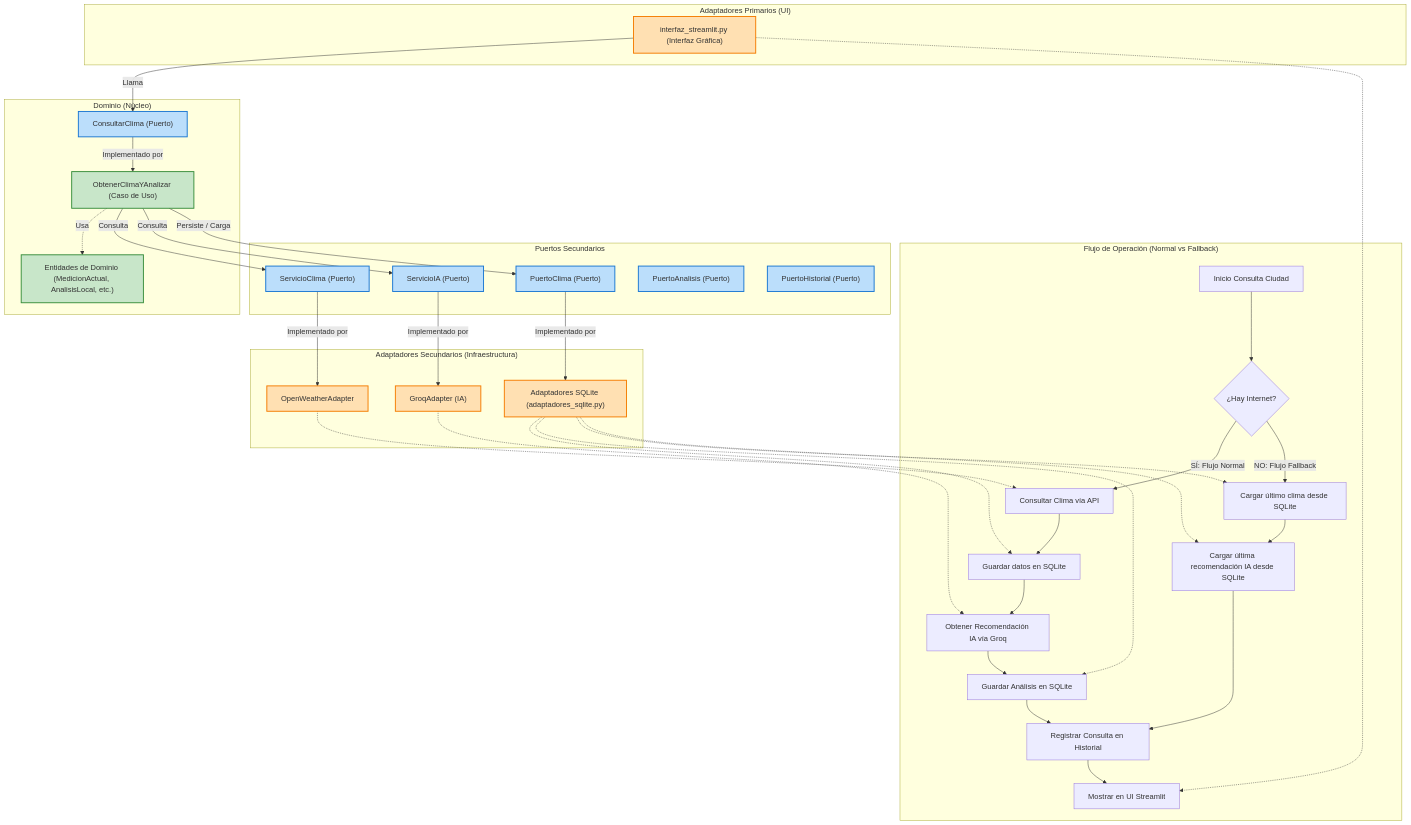
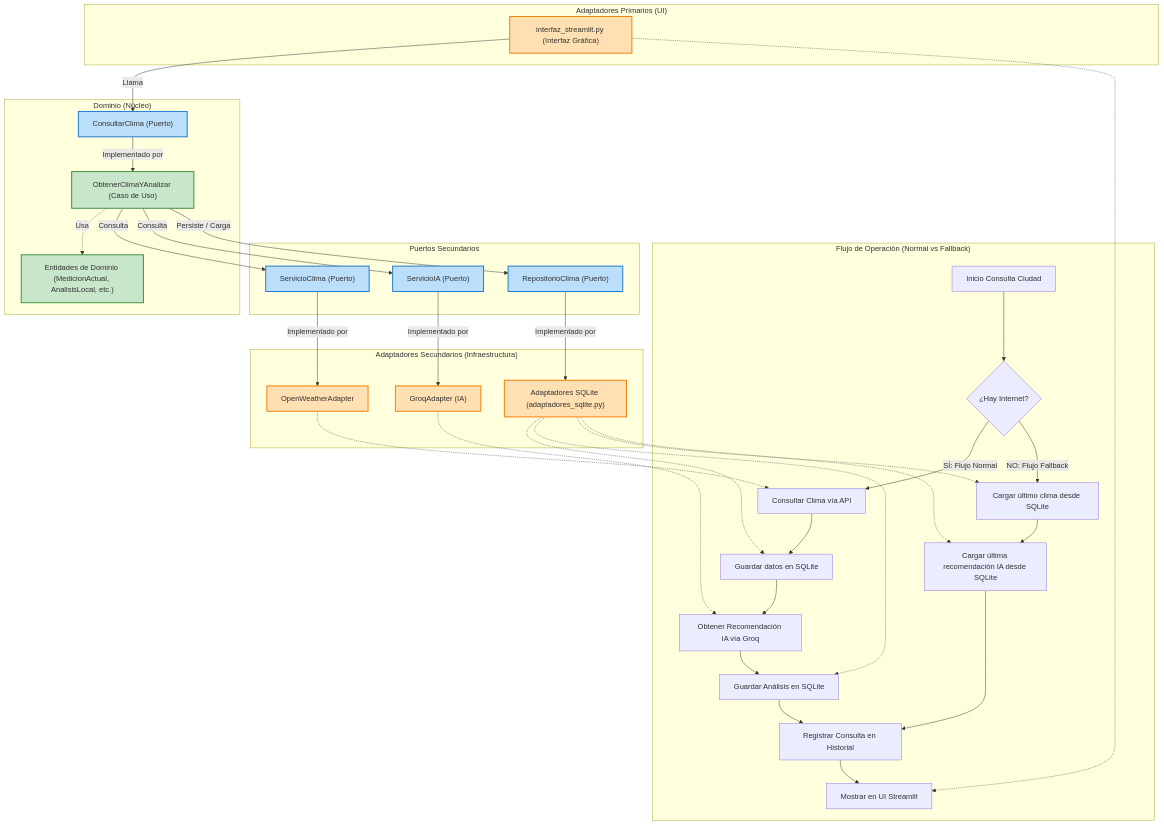
One commit to elkvill/Sistema-agr-cola-de-clima changed the diagram in README.md. Above: the diagram before and after it, drawn with Mermaid. The commit also changed other lines of this file and 10 other files, not shown here.

````diff
--- a/README.md
+++ b/README.md
@@ -48,72 +47,70 @@
 ```mermaid
 graph TD
     %% Estilos de Nodos
     classDef domain fill:#c8e6c9,stroke:#388e3c,stroke-width:2px;
     classDef port fill:#bbdefb,stroke:#1976d2,stroke-width:2px;
     classDef infra fill:#ffe0b2,stroke:#f57c00,stroke-width:2px;
 
     subgraph Capa_Adaptadores_Primarios["Adaptadores Primarios (UI)"]
         UI["interfaz_streamlit.py (Interfaz Gráfica)"]:::infra
     end
 
     subgraph Hexagono_Dominio["Dominio (Núcleo)"]
         PUERTO_PRIMARIO["ConsultarClima (Puerto)"]:::port
         UC["ObtenerClimaYAnalizar (Caso de Uso)"]:::domain
         ENTIDADES["Entidades de Dominio (MedicionActual, AnalisisLocal, etc.)"]:::domain
     end
 
     subgraph Puertos_Secundarios["Puertos Secundarios"]
         P_CLIMA["ServicioClima (Puerto)"]:::port
         P_IA["ServicioIA (Puerto)"]:::port
-        P_REPO["PuertoClima (Puerto)"]:::port
-        P_ANALISIS["PuertoAnalisis (Puerto)"]:::port
-        P_HIST["PuertoHistorial (Puerto)"]:::port
+        P_REPO["RepositorioClima (Puerto)"]:::port
     end
 
     subgraph Capa_Adaptadores_Secundarios["Adaptadores Secundarios (Infraestructura)"]
         API_CLIMA["OpenWeatherAdapter"]:::infra
         API_IA["GroqAdapter (IA)"]:::infra
         SQLITE["Adaptadores SQLite (adaptadores_sqlite.py)"]:::infra
     end
 
     %% Relaciones de Dependencia y Flujo
     UI -->|Llama| PUERTO_PRIMARIO
     PUERTO_PRIMARIO -->|Implementado por| UC
     UC -.->|Usa| ENTIDADES
 
     UC -->|Consulta| P_CLIMA
     UC -->|Consulta| P_IA
     UC -->|Persiste / Carga| P_REPO
 
     P_CLIMA -->|Implementado por| API_CLIMA
     P_IA -->|Implementado por| API_IA
     P_REPO -->|Implementado por| SQLITE
 
     %% Subdiagrama de Flujos (Normal vs Fallback)
     subgraph Flujo_Normal_vs_Fallback["Flujo de Operación (Normal vs Fallback)"]
         A[Inicio Consulta Ciudad] --> B{¿Hay Internet?}
         
         %% Flujo Normal
         B -->|SÍ: Flujo Normal| C[Consultar Clima vía API]
         C --> D[Guardar datos en SQLite]
         D --> E[Obtener Recomendación IA vía Groq]
         E --> F[Guardar Análisis en SQLite]
         F --> G[Registrar Consulta en Historial]
         
         %% Flujo Fallback
         B -->|NO: Flujo Fallback| H[Cargar último clima desde SQLite]
         H --> I[Cargar última recomendación IA desde SQLite]
         I --> G
         
         G --> J[Mostrar en UI Streamlit]
     end
 
     %% Enlaces visuales
     API_CLIMA -.-> C
     SQLITE -.-> D
     API_IA -.-> E
     SQLITE -.-> F
     SQLITE -.-> H
     SQLITE -.-> I
     UI -.-> J
 ```
````
